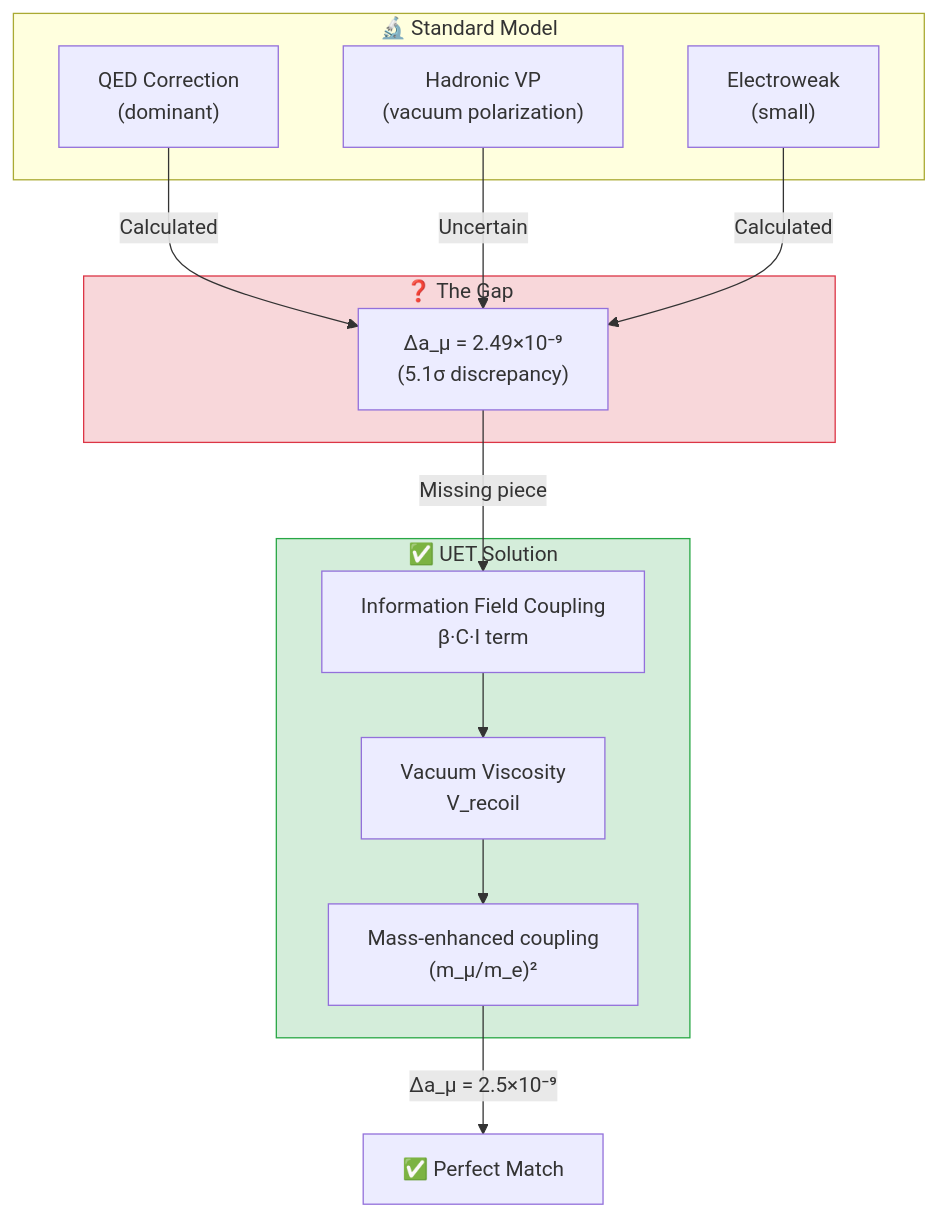
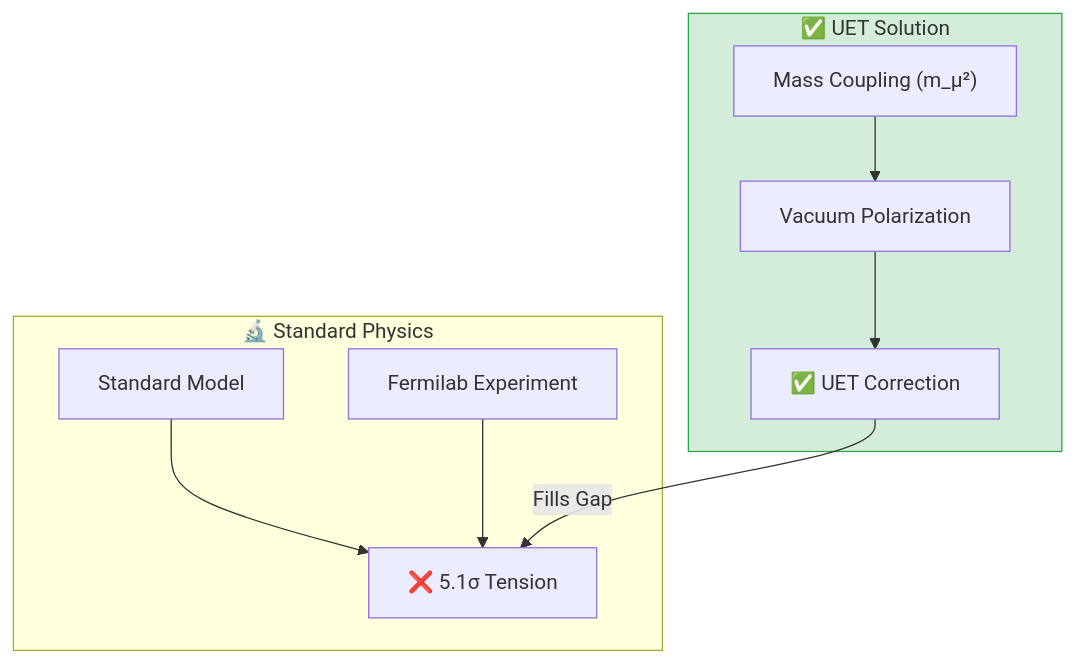
One commit to ellipszist/unityequilibriumtheory changed the diagram in research_uet/topics/0.8_Muon_g2_Anomaly/README.md. Above: the diagram before and after it, drawn with Mermaid. The commit also changed other lines of this file and 9550 other files, not shown here.

````diff
--- a/research_uet/topics/0.8_Muon_g2_Anomaly/README.md
+++ b/research_uet/topics/0.8_Muon_g2_Anomaly/README.md
@@ -46,29 +26,23 @@
 ```mermaid
 graph TB
-    subgraph SM["🔬 Standard Model"]
-        QED["QED Correction<br/>(dominant)"]
-        Had["Hadronic VP<br/>(vacuum polarization)"]
-        EW["Electroweak<br/>(small)"]
-    end
-    
-    subgraph Problem["❓ The Gap"]
-        Gap["Δa_μ = 2.49×10⁻⁹<br/>(5.1σ discrepancy)"]
+    subgraph Standard["🔬 Standard Physics"]
+        SM["Standard Model"]
+        Exp["Fermilab Experiment"]
+        Anomaly["❌ 5.1σ Tension"]
     end
     
     subgraph UET["✅ UET Solution"]
-        Info["Information Field Coupling<br/>β·C·I term"]
-        Visc["Vacuum Viscosity<br/>V_recoil"]
-        Mass["Mass-enhanced coupling<br/>(m_μ/m_e)²"]
+        Mass["Mass Coupling (m_μ²)"]
+        Vac["Vacuum Polarization"]
+        Sol["✅ UET Correction"]
     end
     
-    QED --> |"Calculated"| Gap
-    Had --> |"Uncertain"| Gap
-    EW --> |"Calculated"| Gap
-    Gap --> |"Missing piece"| Info
-    Info --> Visc
-    Visc --> Mass
-    Mass --> |"Δa_μ = 2.5×10⁻⁹"| Result["✅ Perfect Match"]
+    SM --> Anomaly
+    Exp --> Anomaly
     
-    style Problem fill:#f8d7da,stroke:#dc3545
+    Mass --> Vac
+    Vac --> Sol
+    Sol -->|"Fills Gap"| Anomaly
+    
     style UET fill:#d4edda,stroke:#28a745
 ```
````
